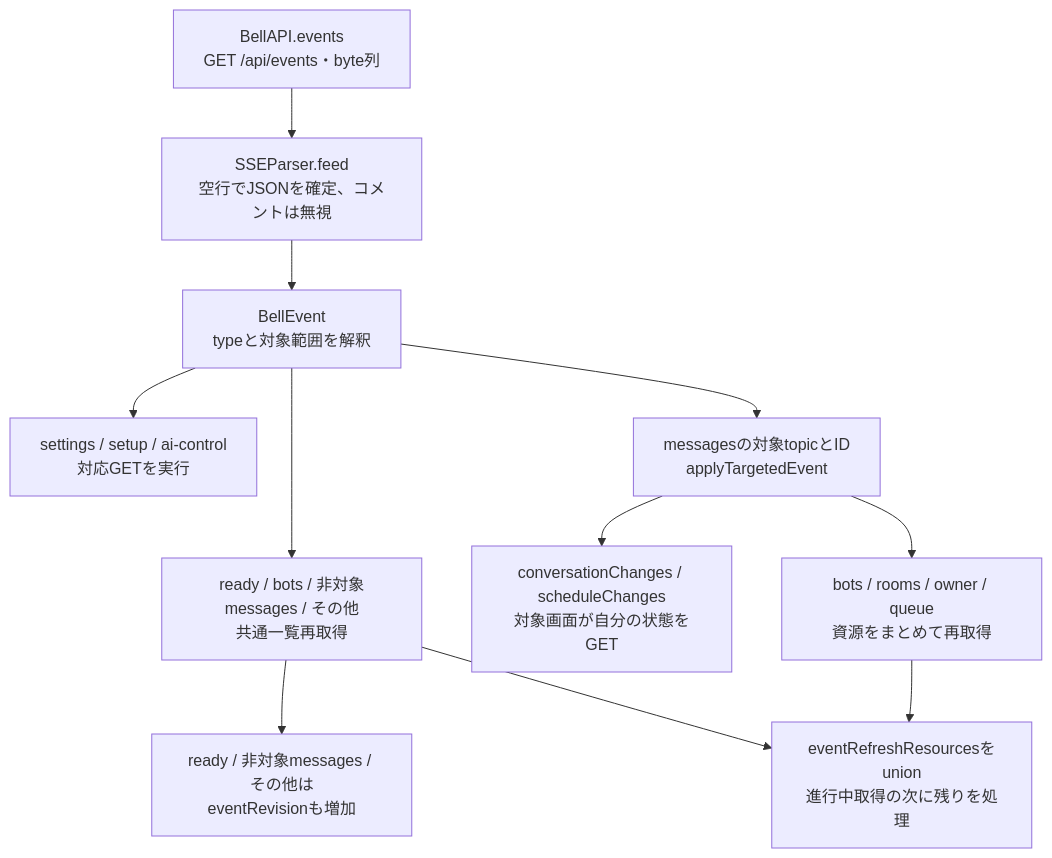
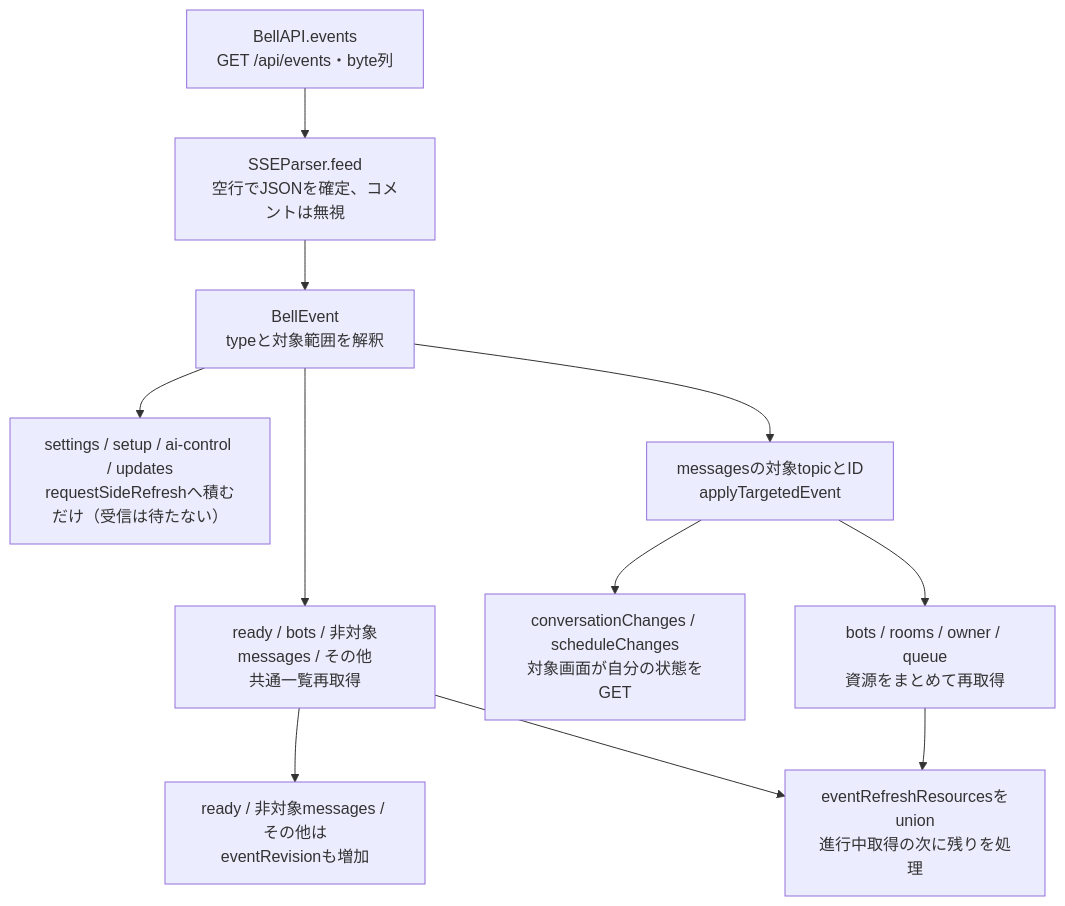
Before and after one commit to kitepon/BellTeam: the second of 3 diagrams in docs/architecture/modules/apple/state-and-sync.md, drawn with Mermaid. The commit also changed other lines of this file and 4 other files, not shown here.

First line of the commit message:
Keep live chat events flowing while slow side refreshes run

````diff
--- a/docs/architecture/modules/apple/state-and-sync.md
+++ b/docs/architecture/modules/apple/state-and-sync.md
@@ -47,13 +47,13 @@
 ```mermaid
 flowchart TD
   Wire["BellAPI.events<br/>GET /api/events・byte列"] --> Parser["SSEParser.feed<br/>空行でJSONを確定、コメントは無視"]
   Parser --> Event["BellEvent<br/>typeと対象範囲を解釈"]
-  Event --> Simple["settings / setup / ai-control<br/>対応GETを実行"]
+  Event --> Simple["settings / setup / ai-control / updates<br/>requestSideRefreshへ積むだけ（受信は待たない）"]
   Event --> All["ready / bots / 非対象messages / その他<br/>共通一覧再取得"]
   All --> Revision["ready / 非対象messages / その他は<br/>eventRevisionも増加"]
   Event --> Target["messagesの対象topicとID<br/>applyTargetedEvent"]
   Target --> View["conversationChanges / scheduleChanges<br/>対象画面が自分の状態をGET"]
   Target --> Resources["bots / rooms / owner / queue<br/>資源をまとめて再取得"]
   Resources --> Merge["eventRefreshResourcesをunion<br/>進行中取得の次に残りを処理"]
   All --> Merge
 ```
````
